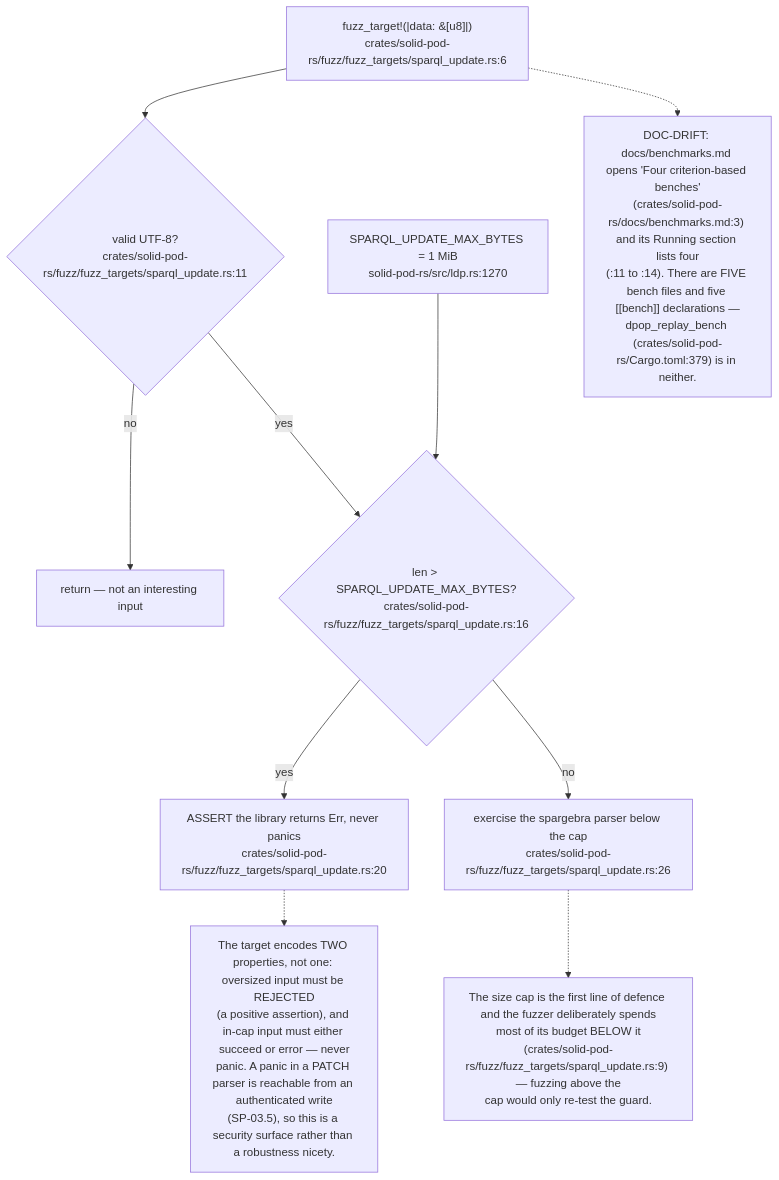
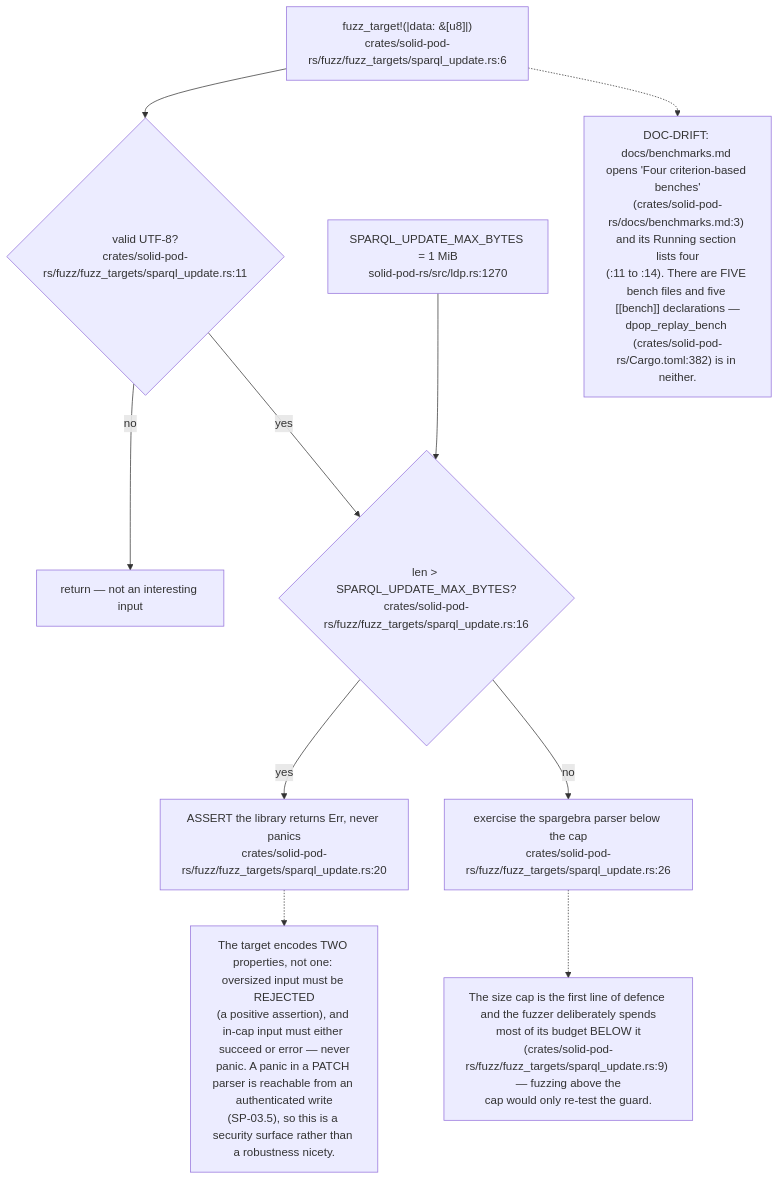
The ninth of 9 diagrams in docs/diagrams/solid-pod-rs/09-ci-release-and-consumer-pins.md (DreamLab-AI/VisionFlow), drawn with Mermaid before and after one commit. The commit also changed other lines of this file and 142 other files, not shown here.

First line of the commit message:
docs(diagrams): one System One route; re-verify 140 topics at today's heads

````diff
--- a/docs/diagrams/solid-pod-rs/09-ci-release-and-consumer-pins.md
+++ b/docs/diagrams/solid-pod-rs/09-ci-release-and-consumer-pins.md
@@ -302,24 +306,24 @@
 ```mermaid
 flowchart TD
     IN["fuzz_target!(|data: &[u8]|)<br/>crates/solid-pod-rs/fuzz/fuzz_targets/sparql_update.rs:6"]
     UTF{"valid UTF-8?<br/>crates/solid-pod-rs/fuzz/fuzz_targets/sparql_update.rs:11"}
     SKIP["return — not an interesting input"]
     CAP{"len > SPARQL_UPDATE_MAX_BYTES?<br/>crates/solid-pod-rs/fuzz/fuzz_targets/sparql_update.rs:16"}
     ASSERT["ASSERT the library returns Err, never panics<br/>crates/solid-pod-rs/fuzz/fuzz_targets/sparql_update.rs:20"]
     PARSE["exercise the spargebra parser below the cap<br/>crates/solid-pod-rs/fuzz/fuzz_targets/sparql_update.rs:26"]
     LIM["SPARQL_UPDATE_MAX_BYTES = 1 MiB<br/>solid-pod-rs/src/ldp.rs:1270"]
 
     IN --> UTF
     UTF -- no --> SKIP
     UTF -- yes --> CAP
     CAP -- yes --> ASSERT
     CAP -- no --> PARSE
     LIM --> CAP
 
     N["The target encodes TWO properties, not one: oversized input must be REJECTED<br/>(a positive assertion), and in-cap input must either succeed or error — never<br/>panic. A panic in a PATCH parser is reachable from an authenticated write<br/>(SP-03.5), so this is a security surface rather than a robustness nicety."]
     ASSERT -.-> N
     N2["The size cap is the first line of defence and the fuzzer deliberately spends<br/>most of its budget BELOW it<br/>(crates/solid-pod-rs/fuzz/fuzz_targets/sparql_update.rs:9) — fuzzing above the<br/>cap would only re-test the guard."]
     PARSE -.-> N2
-    N3["DOC-DRIFT: docs/benchmarks.md opens 'Four criterion-based benches'<br/>(crates/solid-pod-rs/docs/benchmarks.md:3) and its Running section lists four<br/>(:11 to :14). There are FIVE bench files and five [[bench]] declarations —<br/>dpop_replay_bench (crates/solid-pod-rs/Cargo.toml:379) is in neither."]
+    N3["DOC-DRIFT: docs/benchmarks.md opens 'Four criterion-based benches'<br/>(crates/solid-pod-rs/docs/benchmarks.md:3) and its Running section lists four<br/>(:11 to :14). There are FIVE bench files and five [[bench]] declarations —<br/>dpop_replay_bench (crates/solid-pod-rs/Cargo.toml:382) is in neither."]
     IN -.-> N3
 ```
````
